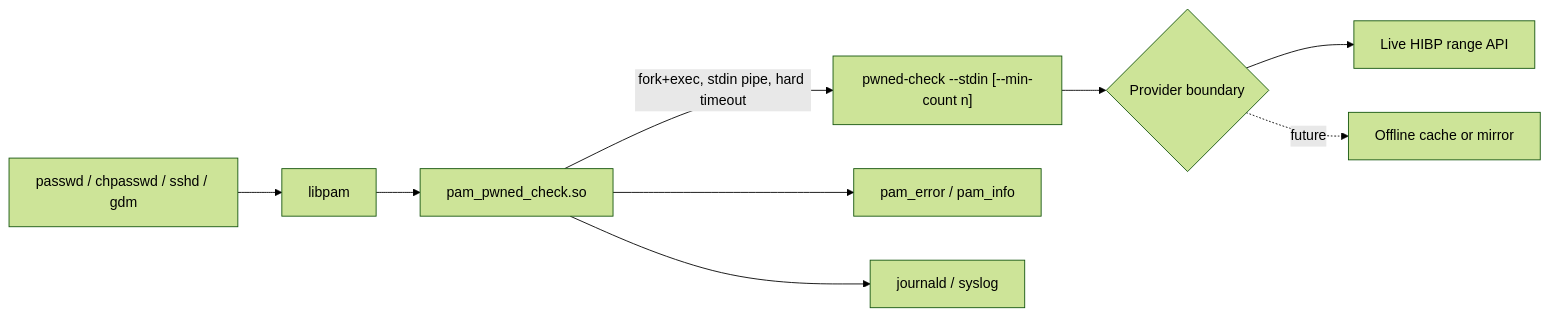
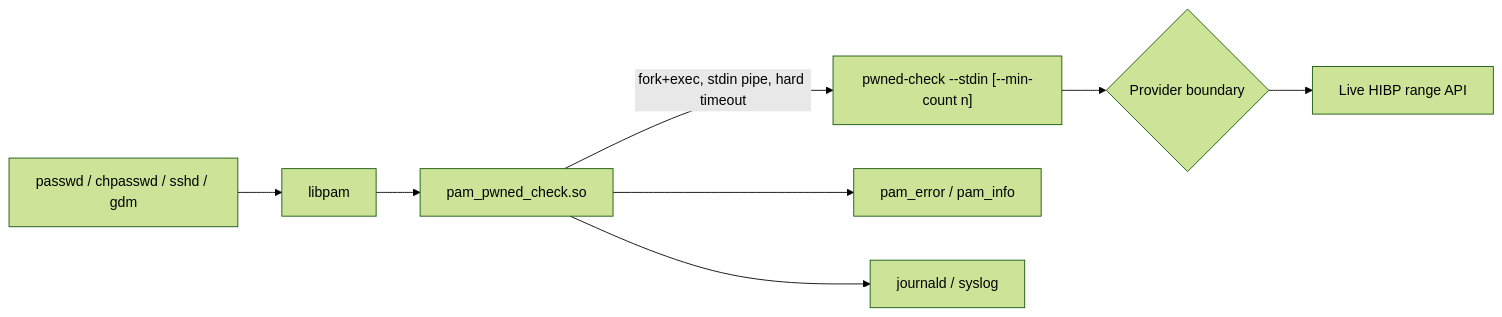
One commit to phillipmcmahon/pwned-check changed the diagram in docs/native-pam-module.md. Above: the diagram before and after it, drawn with Mermaid (forest theme). The commit also changed other lines of this file and 16 other files, not shown here.

````diff
--- a/docs/native-pam-module.md
+++ b/docs/native-pam-module.md
@@ -11,11 +11,10 @@
 ```mermaid
 flowchart LR
     Passwd["passwd / chpasswd / sshd / gdm"] --> PAM["libpam"]
     PAM --> Module["pam_pwned_check.so"]
     Module -->|"fork+exec, stdin pipe, hard timeout"| Checker["pwned-check --stdin [--min-count n]"]
     Checker --> Provider{"Provider boundary"}
     Provider --> HIBP["Live HIBP range API"]
-    Provider -. "future" .-> Offline["Offline cache or mirror"]
     Module --> Conv["pam_error / pam_info"]
     Module --> Log["journald / syslog"]
 ```
````
